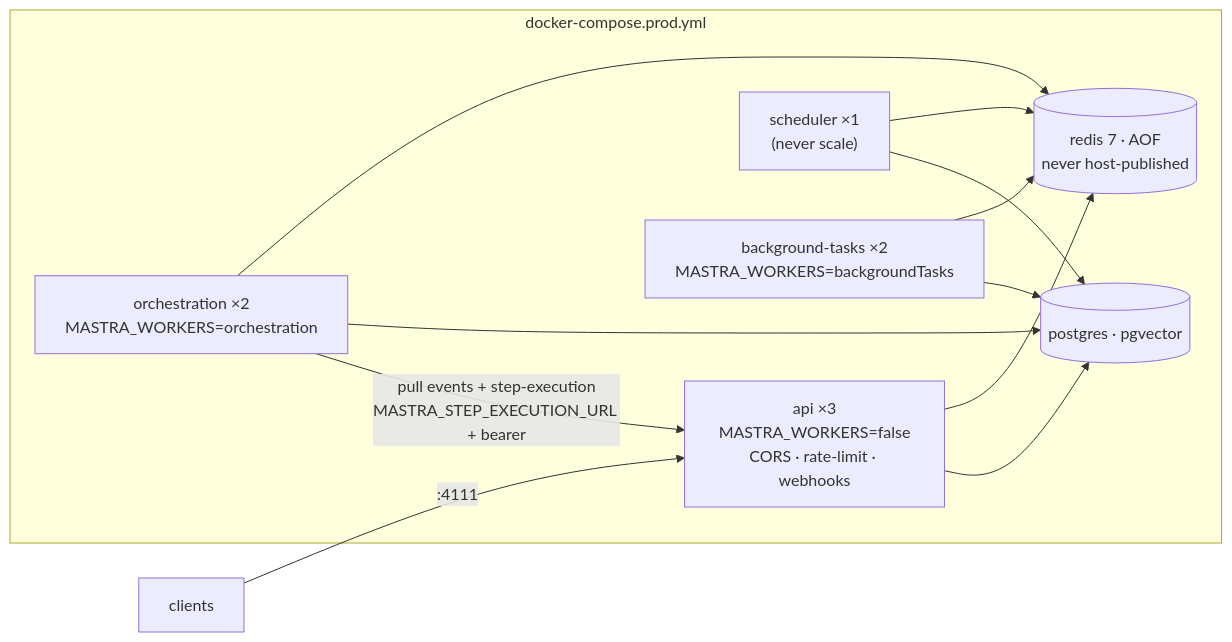
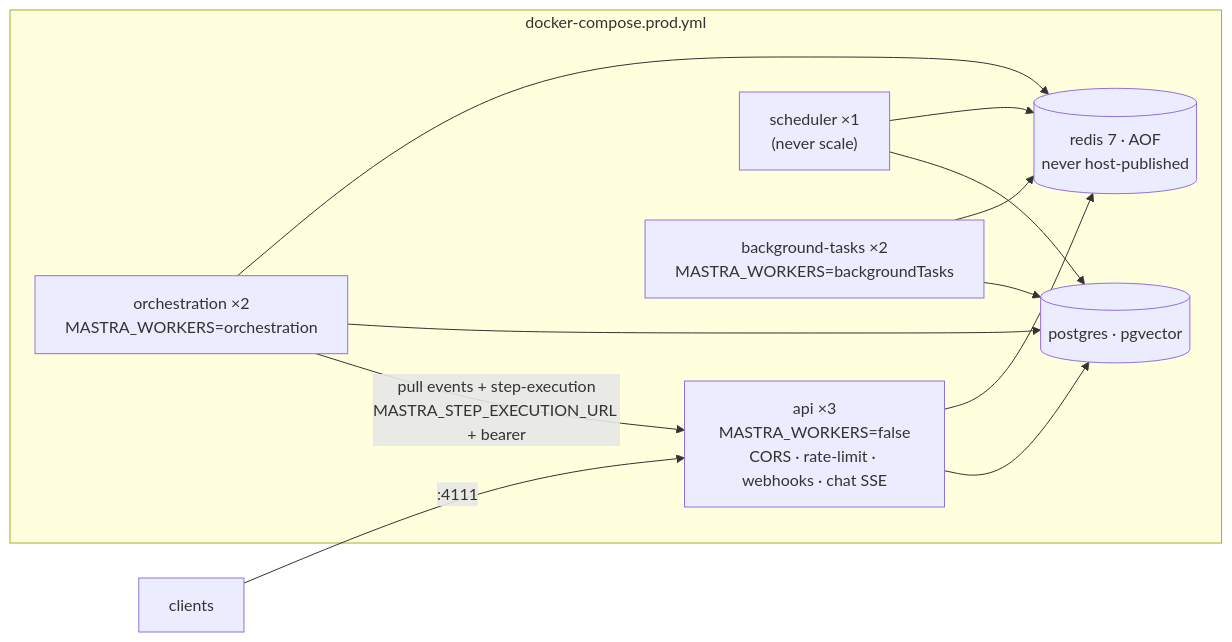
The third of 3 diagrams in README.md (bobrobert13/mastra-agents-core-vertical-ddd-pills-included), drawn with Mermaid before and after one commit. The commit also changed other lines of this file, not shown here.

First line of the commit message:
docs(readme): documenta chat trace, conectores y handlers

````diff
--- a/README.md
+++ b/README.md
@@ -355,15 +479,15 @@
 ```mermaid
 flowchart LR
     C[clients] -->|:4111| API
     subgraph prod ["docker-compose.prod.yml"]
-        API["api ×3<br/>MASTRA_WORKERS=false<br/>CORS · rate-limit · webhooks"]
+        API["api ×3<br/>MASTRA_WORKERS=false<br/>CORS · rate-limit · webhooks · chat SSE"]
         ORCH["orchestration ×2<br/>MASTRA_WORKERS=orchestration"]
         SCHED["scheduler ×1<br/>(never scale)"]
         BG["background-tasks ×2<br/>MASTRA_WORKERS=backgroundTasks"]
         PG[(postgres · pgvector)]
         RD[(redis 7 · AOF<br/>never host-published)]
     end
     ORCH -- "pull events + step-execution<br/>MASTRA_STEP_EXECUTION_URL + bearer" --> API
     API & ORCH & SCHED & BG --> PG
     API & ORCH & SCHED & BG --> RD
 ```
````
